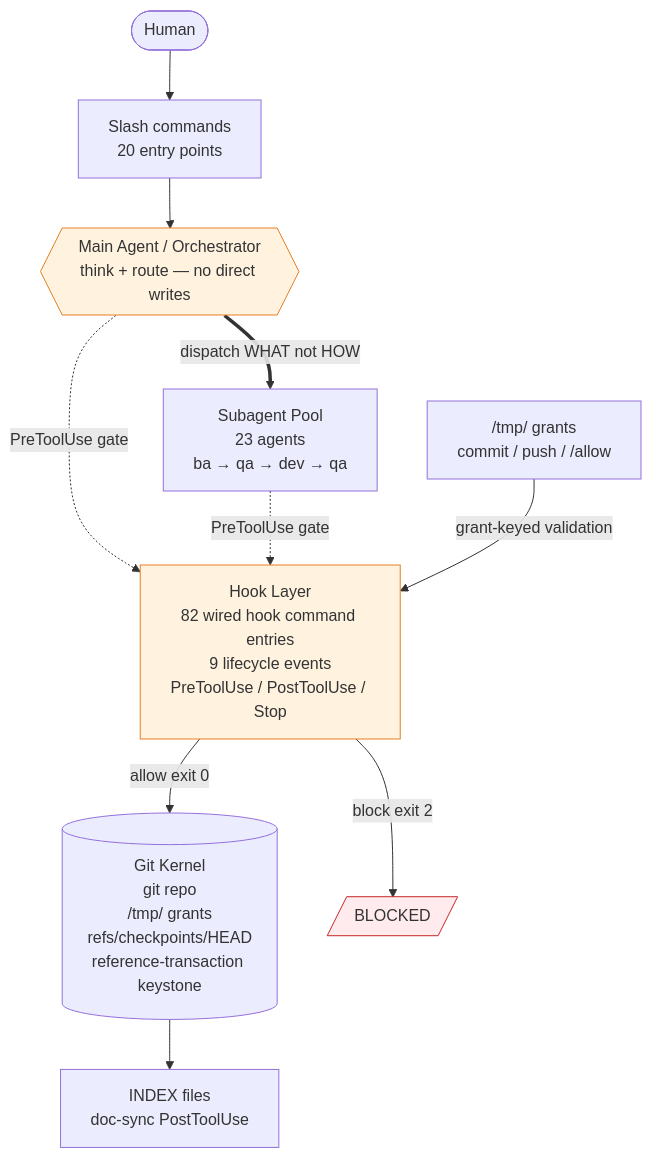
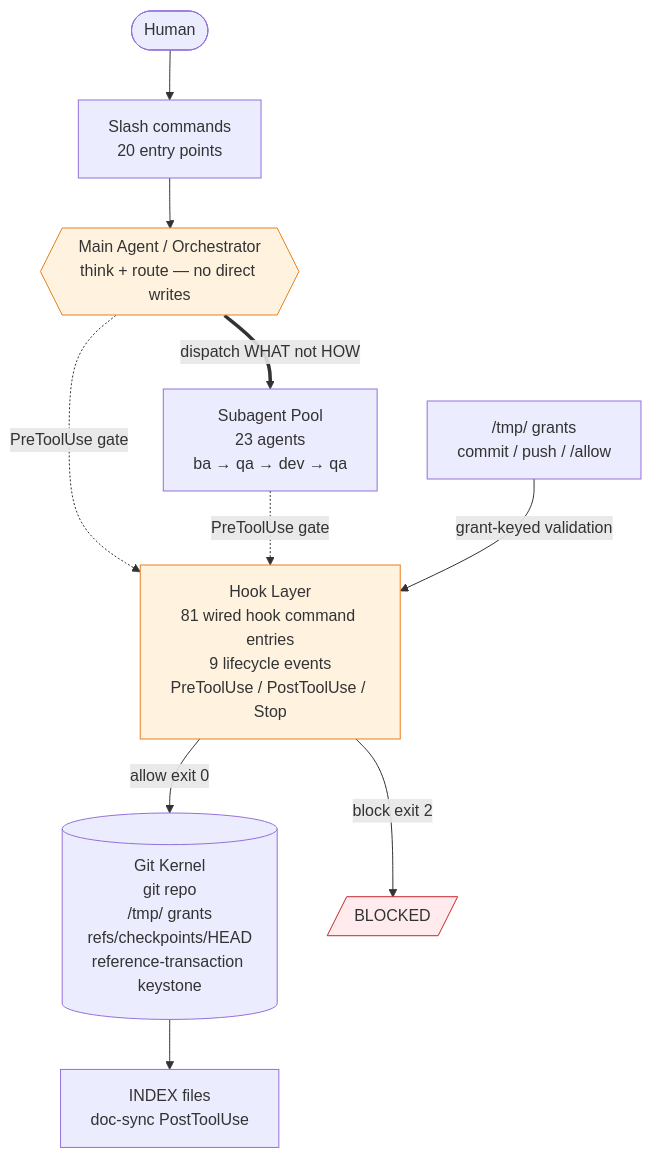
One commit to Yugoge/awesome-claude-harness changed the first of 3 diagrams in README.md. Above: the diagram before and after it, drawn with Mermaid. The commit also changed other lines of this file and 8 other files, not shown here.

````diff
--- a/README.md
+++ b/README.md
@@ -413,21 +413,21 @@
 ```mermaid
 graph TD
     U([Human]) --> CMD[Slash commands<br/>20 entry points]
     CMD --> ORC{{Main Agent / Orchestrator<br/>think + route — no direct writes}}
 
     ORC -.->|PreToolUse gate| HL
     SUB -.->|PreToolUse gate| HL
 
     ORC ==>|dispatch WHAT not HOW| SUB[Subagent Pool<br/>23 agents<br/>ba → qa → dev → qa]
 
-    HL[Hook Layer<br/>82 wired hook command entries<br/>9 lifecycle events<br/>PreToolUse / PostToolUse / Stop] -->|allow exit 0| GK[(Git Kernel<br/>git repo<br/>/tmp/ grants<br/>refs/checkpoints/HEAD<br/>reference-transaction keystone)]
+    HL[Hook Layer<br/>81 wired hook command entries<br/>9 lifecycle events<br/>PreToolUse / PostToolUse / Stop] -->|allow exit 0| GK[(Git Kernel<br/>git repo<br/>/tmp/ grants<br/>refs/checkpoints/HEAD<br/>reference-transaction keystone)]
     HL -->|block exit 2| BLK[/BLOCKED/]
 
     GK --> IDX[INDEX files<br/>doc-sync PostToolUse]
     TMP["/tmp/ grants<br/>commit / push / /allow"] -->|grant-keyed validation| HL
 
     classDef restricted fill:#ffebee,stroke:#c62828
     classDef gate fill:#fff3e0,stroke:#e67e22
     class BLK restricted
     class ORC,HL gate
 ```
````
